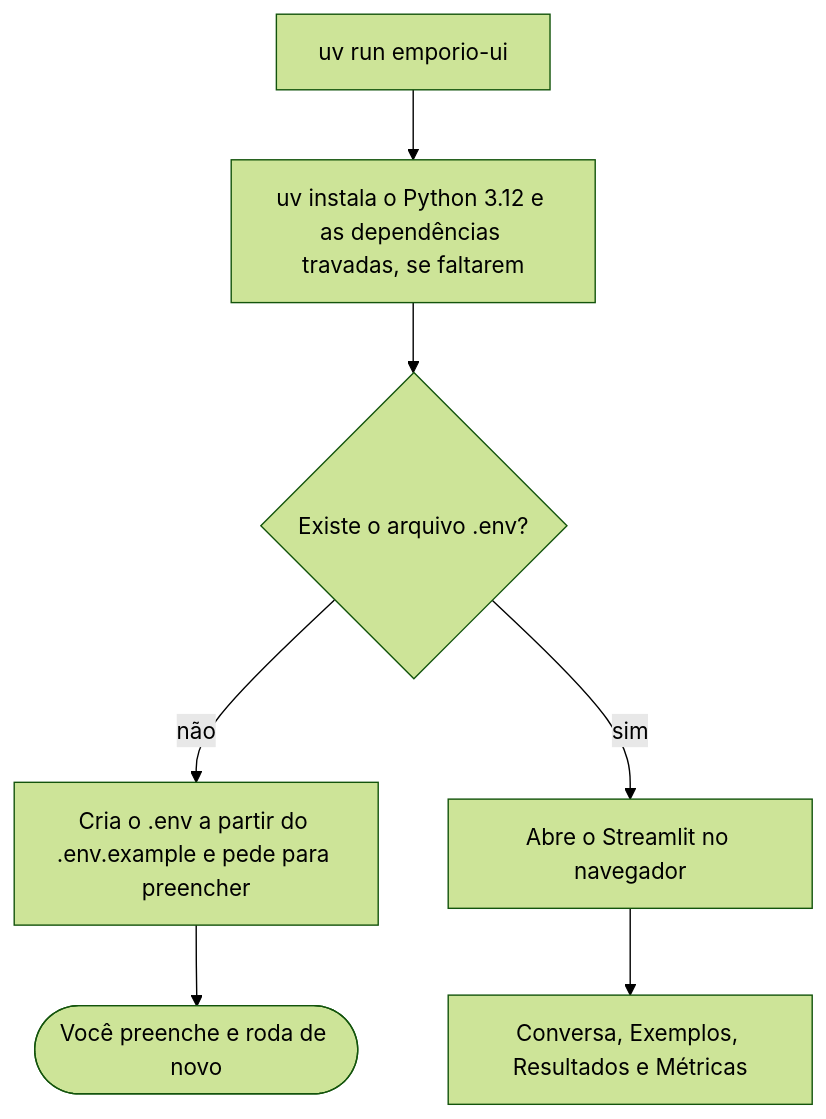
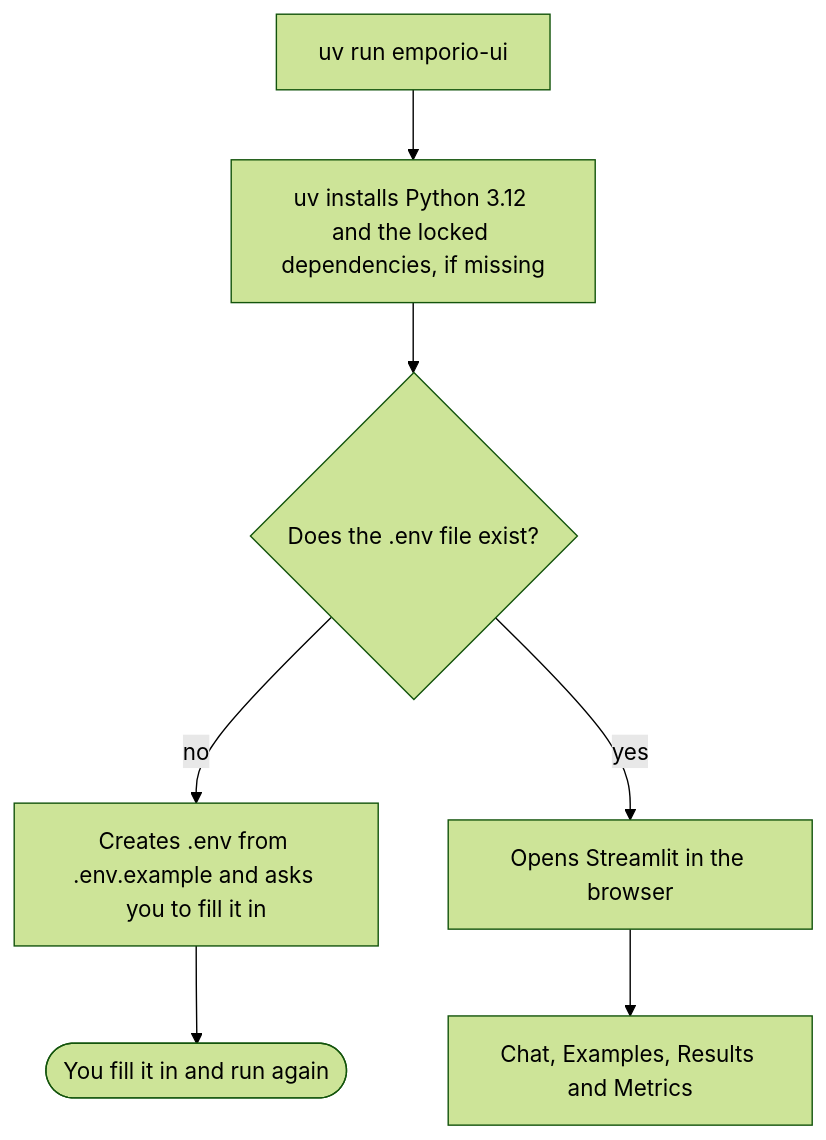
One commit to oericdacosta/emporio-assistant changed the second of 6 diagrams in README.md. Above: the diagram before and after it, drawn with Mermaid (forest theme). The commit also changed other lines of this file and 16 other files, not shown here.

````diff
--- a/README.md
+++ b/README.md
@@ -101,9 +101,9 @@
 ```mermaid
 flowchart TD
-    A["uv run emporio-ui"] --> B["uv instala o Python 3.12 e as dependências travadas, se faltarem"]
-    B --> C{"Existe o arquivo .env?"}
-    C -->|"não"| D["Cria o .env a partir do .env.example e pede para preencher"]
-    D --> E(["Você preenche e roda de novo"])
-    C -->|"sim"| F["Abre o Streamlit no navegador"]
-    F --> G["Conversa, Exemplos, Resultados e Métricas"]
+    A["uv run emporio-ui"] --> B["uv installs Python 3.12 and the locked dependencies, if missing"]
+    B --> C{"Does the .env file exist?"}
+    C -->|"no"| D["Creates .env from .env.example and asks you to fill it in"]
+    D --> E(["You fill it in and run again"])
+    C -->|"yes"| F["Opens Streamlit in the browser"]
+    F --> G["Chat, Examples, Results and Metrics"]
 ```
````
